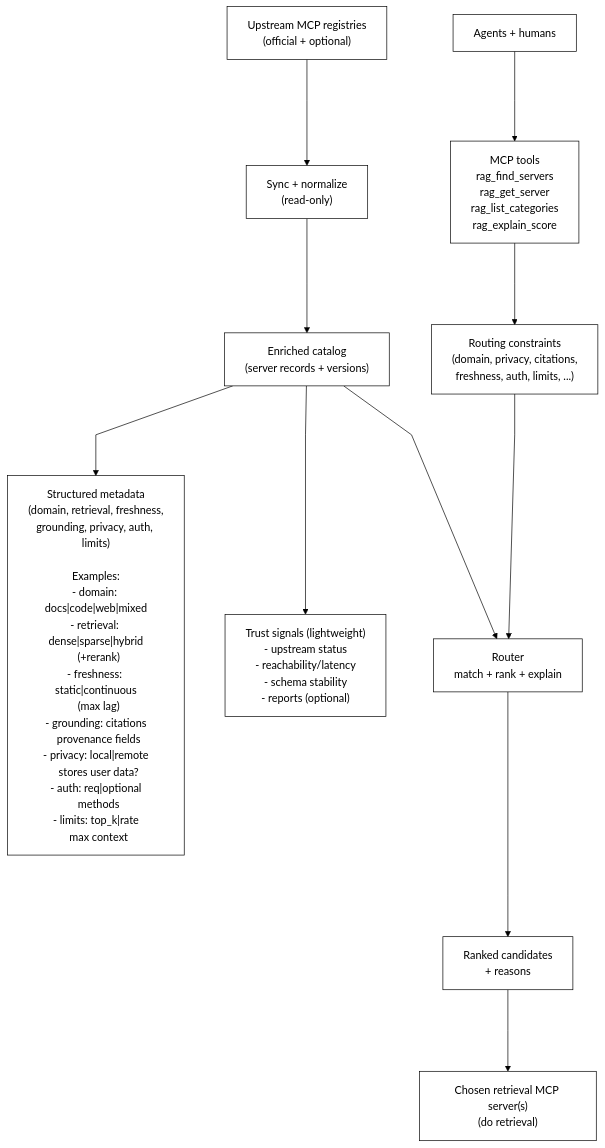
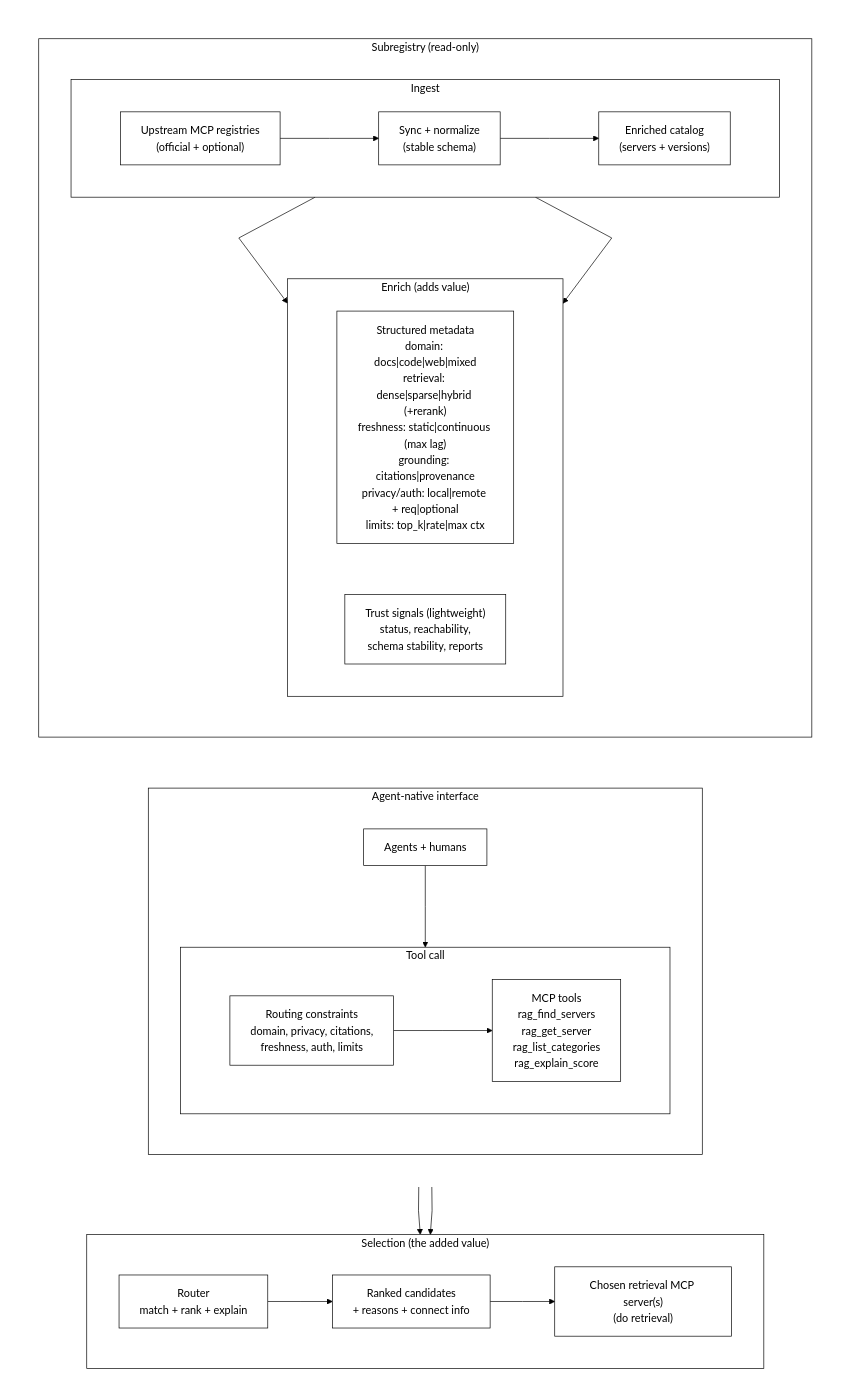
The diagram in docs/diagrams/ragmap-architecture.mmd (khalidsaidi/ragmap), drawn with Mermaid before and after one commit. The commit also changed 2 other files, not shown here.

Commit message:
docs: rebalance diagram layout (more square, less tall)

```diff
--- a/docs/diagrams/ragmap-architecture.mmd
+++ b/docs/diagrams/ragmap-architecture.mmd
@@ -1,26 +1,54 @@
-%%{init: {"theme":"base","themeVariables":{"primaryColor":"#ffffff","primaryTextColor":"#000000","primaryBorderColor":"#000000","lineColor":"#000000","secondaryColor":"#ffffff","tertiaryColor":"#ffffff","clusterBkg":"#ffffff","clusterBorder":"#000000","edgeLabelBackground":"#ffffff"},"flowchart":{"curve":"linear","nodeSpacing":60,"rankSpacing":120}}}%%
+%%{init: {"theme":"base","themeVariables":{"primaryColor":"#ffffff","primaryTextColor":"#000000","primaryBorderColor":"#000000","lineColor":"#000000","secondaryColor":"#ffffff","tertiaryColor":"#ffffff","clusterBkg":"#ffffff","clusterBorder":"#000000","edgeLabelBackground":"#ffffff"},"flowchart":{"curve":"linear","nodeSpacing":75,"rankSpacing":70}}}%%
 flowchart TB
-  %% Concept-only diagram (shows product value; no deployment/framework/datastore details)
+  %% Concept-only diagram (product value; no deployment/framework/datastore details)
 
   classDef mono fill:#ffffff,stroke:#000000,color:#000000,stroke-width:1px;
 
-  Sources["Upstream MCP registries<br/>(official + optional)"]:::mono
-  Sync["Sync + normalize<br/>(read-only)"]:::mono
-  Catalog["Enriched catalog<br/>(server records + versions)"]:::mono
+  subgraph Inputs[" "]
+    direction LR
 
-  Cap["Structured metadata<br/>(domain, retrieval, freshness,<br/>grounding, privacy, auth, limits)<br/><br/>Examples:<br/>- domain: docs|code|web|mixed<br/>- retrieval: dense|sparse|hybrid<br/>  (+rerank)<br/>- freshness: static|continuous<br/>  (max lag)<br/>- grounding: citations<br/>  provenance fields<br/>- privacy: local|remote<br/>  stores user data?<br/>- auth: req|optional<br/>  methods<br/>- limits: top_k|rate<br/>  max context"]:::mono
+    subgraph Query["Agent-native interface"]
+      direction TB
+      Users["Agents + humans"]:::mono
+      subgraph Tooling["Tool call"]
+        direction LR
+        Criteria["Routing constraints<br/>domain, privacy, citations,<br/>freshness, auth, limits"]:::mono
+        Tools["MCP tools<br/>rag_find_servers<br/>rag_get_server<br/>rag_list_categories<br/>rag_explain_score"]:::mono
+      end
+      Users --> Criteria --> Tools
+    end
 
-  Trust["Trust signals (lightweight)<br/>- upstream status<br/>- reachability/latency<br/>- schema stability<br/>- reports (optional)"]:::mono
+    subgraph Subregistry["Subregistry (read-only)"]
+      direction TB
+      subgraph Ingest["Ingest"]
+        direction LR
+        Sources["Upstream MCP registries<br/>(official + optional)"]:::mono
+        Sync["Sync + normalize<br/>(stable schema)"]:::mono
+        Catalog["Enriched catalog<br/>(servers + versions)"]:::mono
+        Sources --> Sync --> Catalog
+      end
 
-  Router["Router<br/>match + rank + explain"]:::mono
-  Ranked["Ranked candidates<br/>+ reasons"]:::mono
-  Retrieval["Chosen retrieval MCP server(s)<br/>(do retrieval)"]:::mono
+      subgraph Enrich["Enrich (adds value)"]
+        direction LR
+        Cap["Structured metadata<br/>domain: docs|code|web|mixed<br/>retrieval: dense|sparse|hybrid (+rerank)<br/>freshness: static|continuous (max lag)<br/>grounding: citations|provenance<br/>privacy/auth: local|remote + req|optional<br/>limits: top_k|rate|max ctx"]:::mono
+        Trust["Trust signals (lightweight)<br/>status, reachability,<br/>schema stability, reports"]:::mono
+      end
 
-  Users["Agents + humans"]:::mono
-  Tools["MCP tools<br/>rag_find_servers<br/>rag_get_server<br/>rag_list_categories<br/>rag_explain_score"]:::mono
-  Criteria["Routing constraints<br/>(domain, privacy, citations,<br/>freshness, auth, limits, ...)"]:::mono
+      Catalog --> Cap
+      Catalog --> Trust
+    end
+  end
 
-  Sources --> Sync --> Catalog --> Router --> Ranked --> Retrieval
-  Catalog --> Cap
-  Catalog --> Trust
-  Users --> Tools --> Criteria --> Router
+  subgraph Selection["Selection (the added value)"]
+    direction LR
+    Router["Router<br/>match + rank + explain"]:::mono
+    Ranked["Ranked candidates<br/>+ reasons + connect info"]:::mono
+    Retrieval["Chosen retrieval MCP server(s)<br/>(do retrieval)"]:::mono
+    Router --> Ranked --> Retrieval
+  end
+
+  Tools --> Router
+  Catalog --> Router
+
+  %% Keep the layout without adding a third visible "box" around Inputs.
+  style Inputs fill:#ffffff,stroke:#ffffff,stroke-width:0px
```
